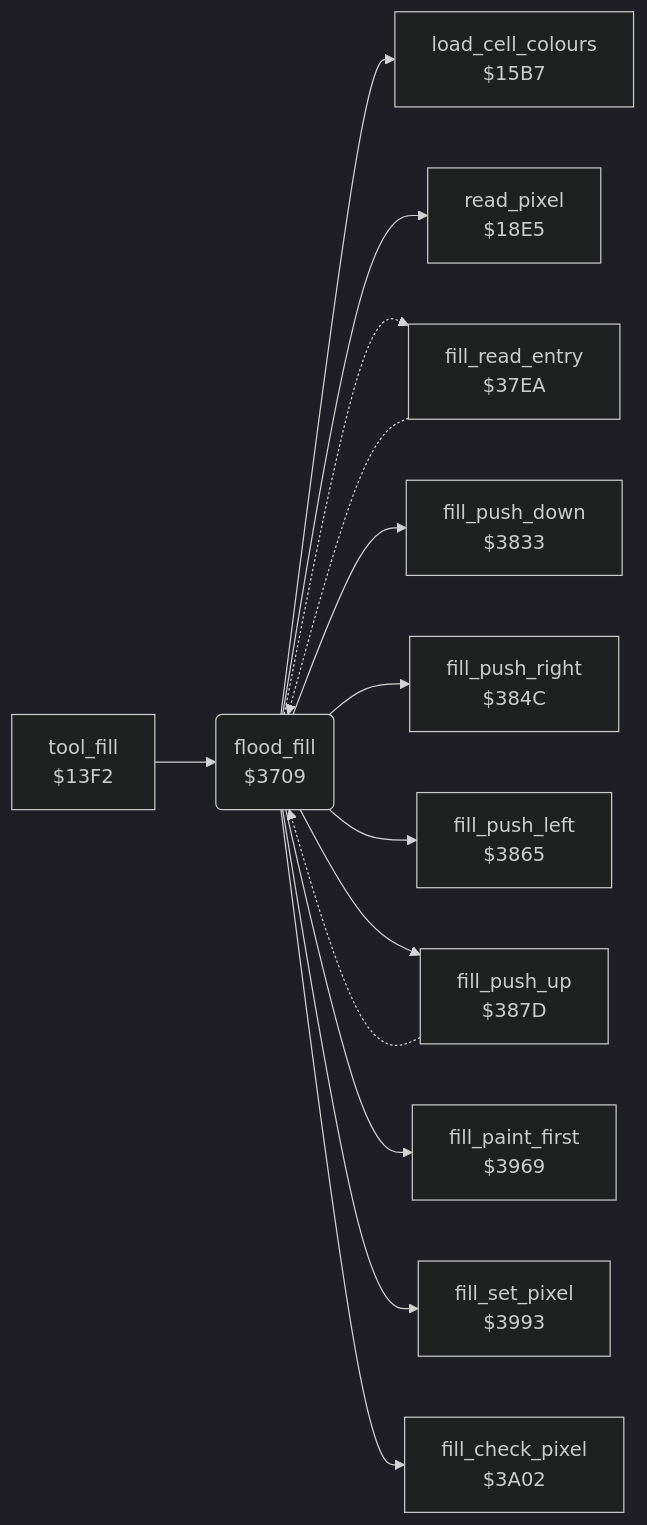
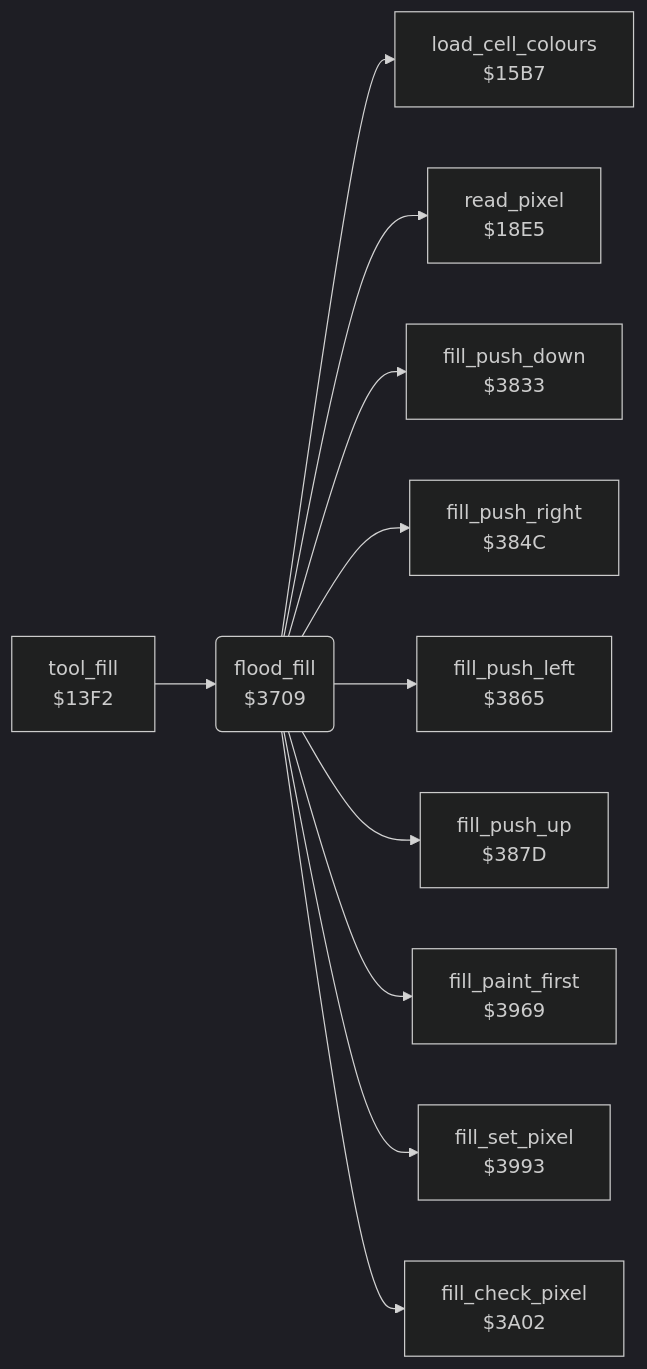
Before and after one commit to henols/c64_games: the diagram in koala_painter/v2/docs/reference/modules/tools/fill.md, drawn with Mermaid (dark theme). The commit also changed other lines of this file and 1100 other files, not shown here.

````diff
--- a/koala_painter/v2/docs/reference/modules/tools/fill.md
+++ b/koala_painter/v2/docs/reference/modules/tools/fill.md
@@ -10,28 +17,24 @@
 ```mermaid
 flowchart LR
   n13f2["tool_fill<br/>$13F2"]
   n15b7["load_cell_colours<br/>$15B7"]
   n18e5["read_pixel<br/>$18E5"]
   n3709("flood_fill<br/>$3709")
-  n37ea["fill_read_entry<br/>$37EA"]
   n3833["fill_push_down<br/>$3833"]
   n384c["fill_push_right<br/>$384C"]
   n3865["fill_push_left<br/>$3865"]
   n387d["fill_push_up<br/>$387D"]
   n3969["fill_paint_first<br/>$3969"]
   n3993["fill_set_pixel<br/>$3993"]
   n3a02["fill_check_pixel<br/>$3A02"]
   n13f2 --> n3709
   n3709 --> n15b7
   n3709 --> n18e5
-  n3709 -.-> n37ea
   n3709 --> n3833
   n3709 --> n384c
   n3709 --> n3865
   n3709 --> n387d
   n3709 --> n3969
   n3709 --> n3993
   n3709 --> n3a02
-  n37ea -.-> n3709
-  n387d -.-> n3709
 ```
````
